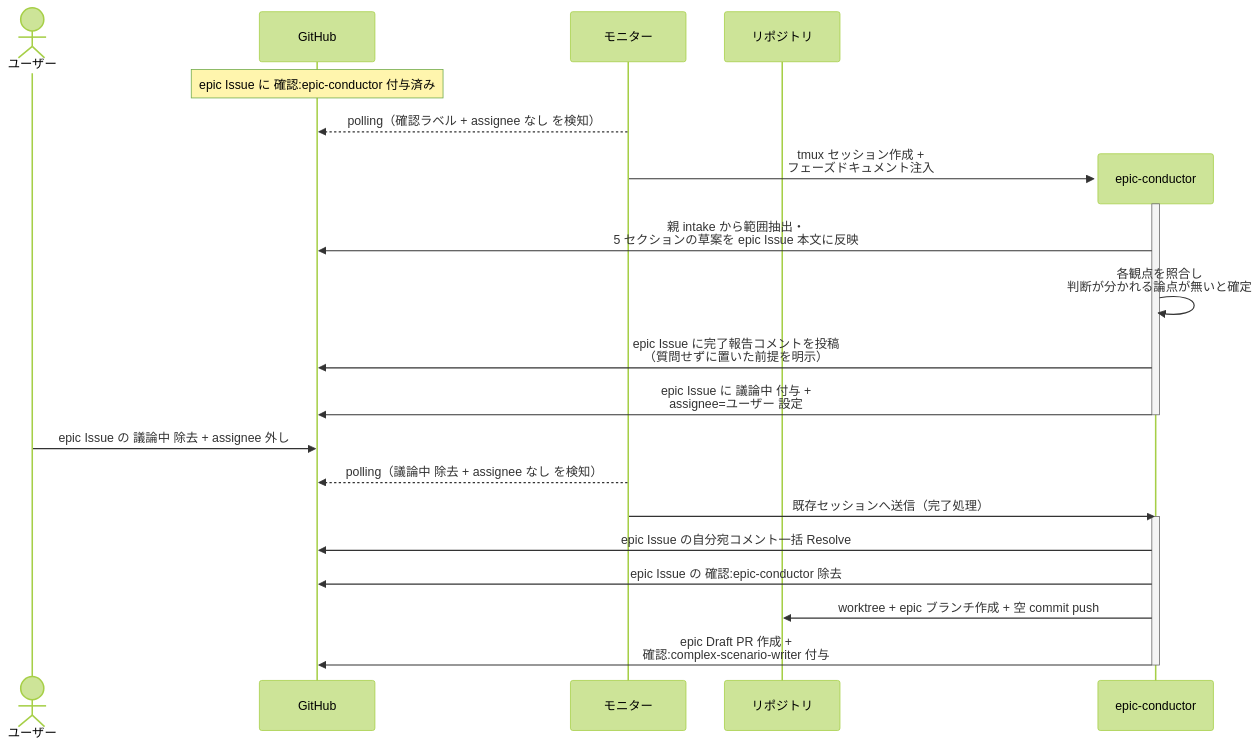
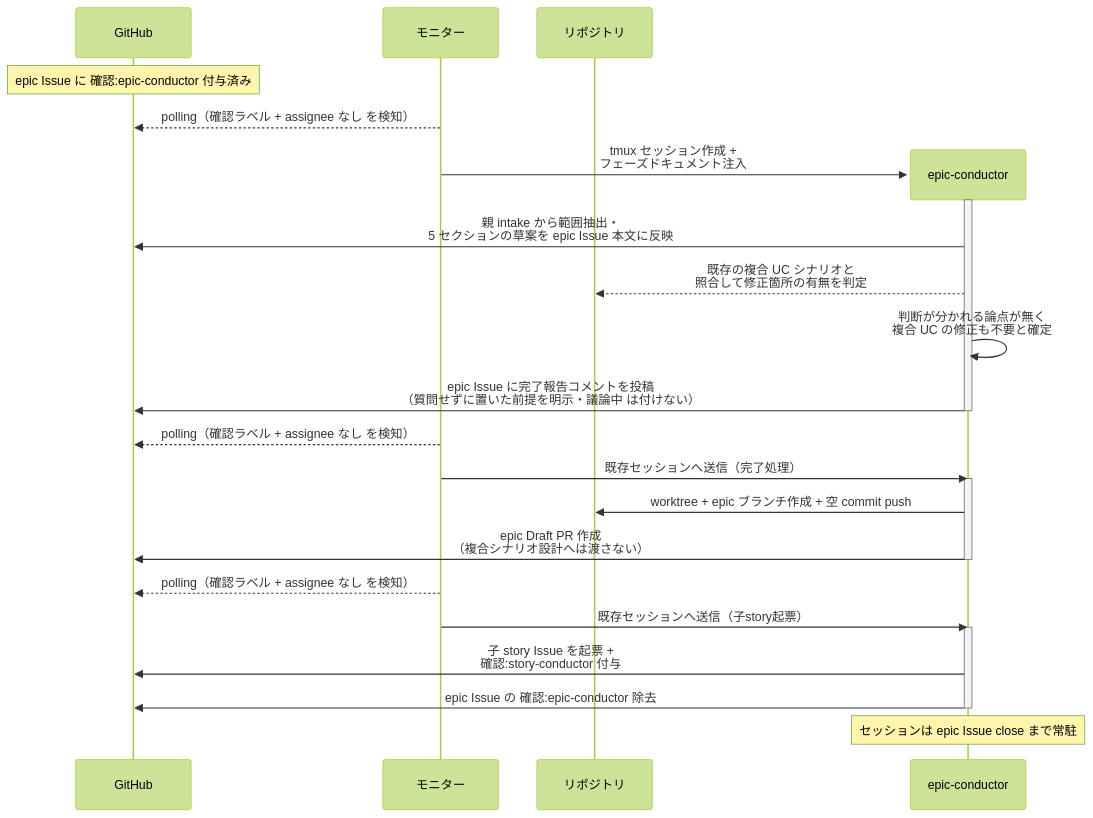
One commit to shuhei1101/ai-monitor changed the second of 5 diagrams in docs/wiki/設計図/シナリオ/単一ユースケース/epic要件確定.md. Above: the diagram before and after it, drawn with Mermaid (forest theme). The commit also changed other lines of this file and 22 other files, not shown here.

````diff
--- a/docs/wiki/設計図/シナリオ/単一ユースケース/epic要件確定.md
+++ b/docs/wiki/設計図/シナリオ/単一ユースケース/epic要件確定.md
@@ -96,28 +96,32 @@
 ```mermaid
 sequenceDiagram
-  actor U as ユーザー
   participant GH as GitHub
   participant ORC as モニター
   participant REPO as リポジトリ
 
   Note over GH: epic Issue に 確認:epic-conductor 付与済み
   ORC-->>GH: polling（確認ラベル + assignee なし を検知）
   create participant MON as epic-conductor
   ORC->>MON: tmux セッション作成 +<br>フェーズドキュメント注入
   activate MON
   MON->>GH: 親 intake から範囲抽出・<br>5 セクションの草案を epic Issue 本文に反映
-  MON->>MON: 各観点を照合し<br>判断が分かれる論点が無いと確定
-  MON->>GH: epic Issue に完了報告コメントを投稿<br>（質問せずに置いた前提を明示）
-  MON->>GH: epic Issue に 議論中 付与 +<br>assignee=ユーザー 設定
+  MON-->>REPO: 既存の複合 UC シナリオと<br>照合して修正箇所の有無を判定
+  MON->>MON: 判断が分かれる論点が無く<br>複合 UC の修正も不要と確定
+  MON->>GH: epic Issue に完了報告コメントを投稿<br>（質問せずに置いた前提を明示・議論中 は付けない）
   deactivate MON
 
-  U->>GH: epic Issue の 議論中 除去 + assignee 外し
-  ORC-->>GH: polling（議論中 除去 + assignee なし を検知）
+  ORC-->>GH: polling（確認ラベル + assignee なし を検知）
   ORC->>MON: 既存セッションへ送信（完了処理）
   activate MON
-  MON->>GH: epic Issue の自分宛コメント一括 Resolve
+  MON->>REPO: worktree + epic ブランチ作成 + 空 commit push
+  MON->>GH: epic Draft PR 作成<br>（複合シナリオ設計へは渡さない）
+  deactivate MON
+
+  ORC-->>GH: polling（確認ラベル + assignee なし を検知）
+  ORC->>MON: 既存セッションへ送信（子story起票）
+  activate MON
+  MON->>GH: 子 story Issue を起票 +<br>確認:story-conductor 付与
   MON->>GH: epic Issue の 確認:epic-conductor 除去
-  MON->>REPO: worktree + epic ブランチ作成 + 空 commit push
-  MON->>GH: epic Draft PR 作成 +<br>確認:complex-scenario-writer 付与
   deactivate MON
+  Note over MON: セッションは epic Issue close まで常駐
 ```
````
